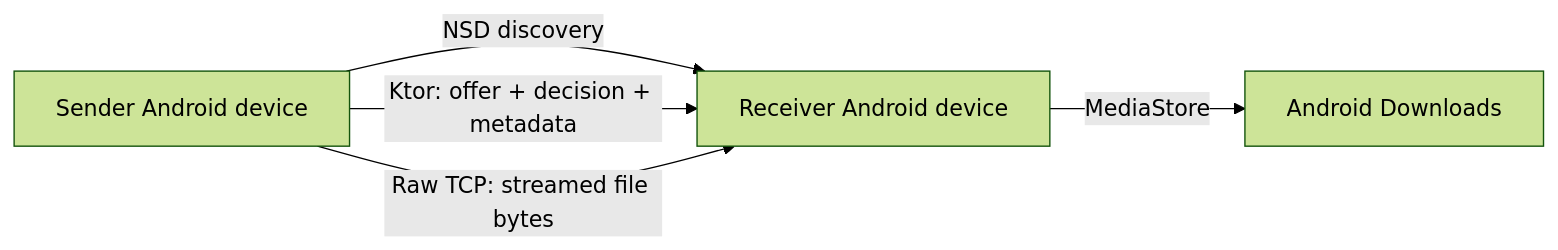
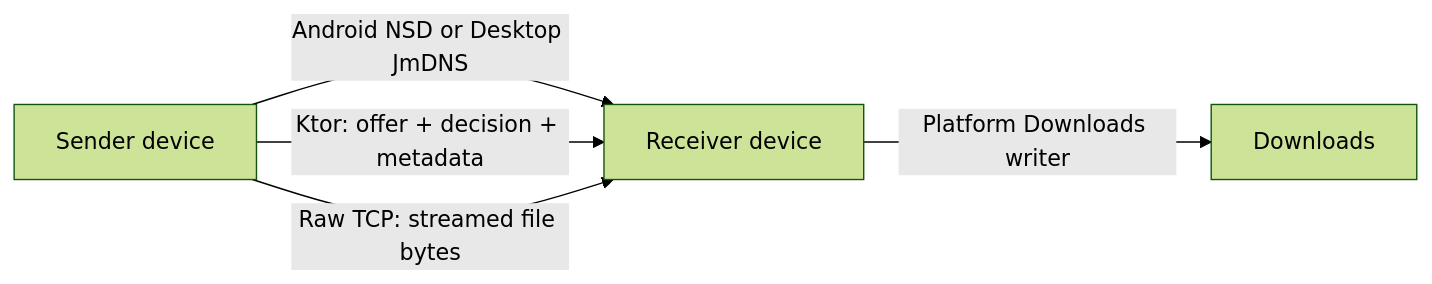
One commit to CodePandaaAI/Sync360 changed the diagram in README.md. Above: the diagram before and after it, drawn with Mermaid (forest theme). The commit also changed other lines of this file and 32 other files, not shown here.

````diff
--- a/README.md
+++ b/README.md
@@ -76,7 +90,7 @@
 ```mermaid
 flowchart LR
-    A["Sender Android device"] -->|"NSD discovery"| B["Receiver Android device"]
+    A["Sender device"] -->|"Android NSD or Desktop JmDNS"| B["Receiver device"]
     A -->|"Ktor: offer + decision + metadata"| B
     A -->|"Raw TCP: streamed file bytes"| B
-    B -->|"MediaStore"| D["Android Downloads"]
+    B -->|"Platform Downloads writer"| D["Downloads"]
 ```
````
